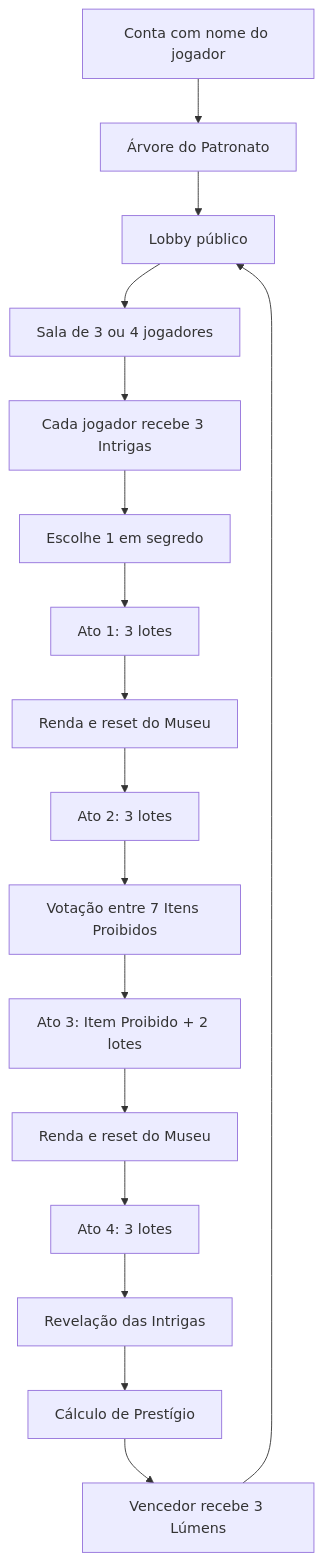
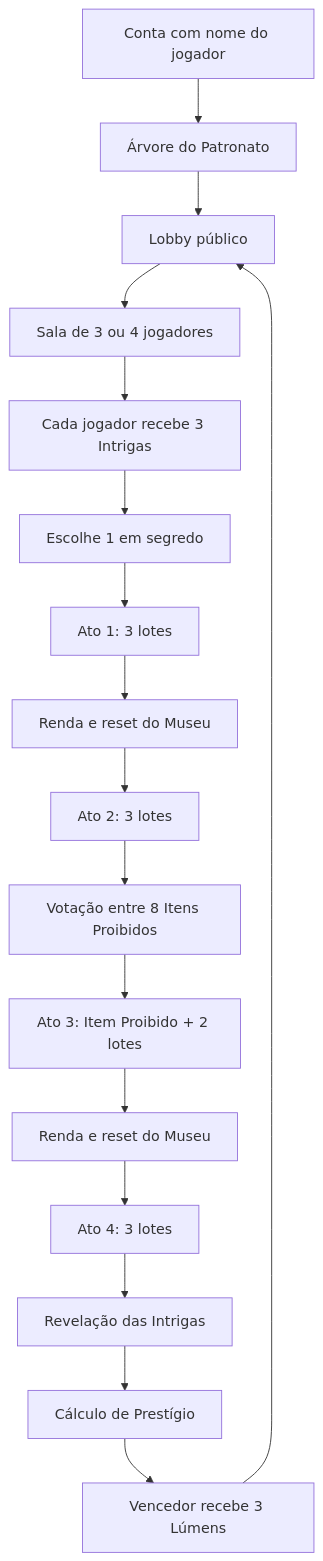
The diagram in GAME_DESIGN_MAP.md (Adamzatz/leilao-da-meia-noite-online), drawn with Mermaid before and after one commit. The commit also changed other lines of this file and 5 other files, not shown here.

````diff
--- a/GAME_DESIGN_MAP.md
+++ b/GAME_DESIGN_MAP.md
@@ -19,19 +19,19 @@
 ```mermaid
 flowchart TD
   A[Conta com nome do jogador] --> B[Árvore do Patronato]
   B --> C[Lobby público]
   C --> D[Sala de 3 ou 4 jogadores]
   D --> E[Cada jogador recebe 3 Intrigas]
   E --> F[Escolhe 1 em segredo]
   F --> G[Ato 1: 3 lotes]
   G --> H[Renda e reset do Museu]
   H --> I[Ato 2: 3 lotes]
-  I --> J[Votação entre 7 Itens Proibidos]
+  I --> J[Votação entre 8 Itens Proibidos]
   J --> K[Ato 3: Item Proibido + 2 lotes]
   K --> L[Renda e reset do Museu]
   L --> M[Ato 4: 3 lotes]
   M --> N[Revelação das Intrigas]
   N --> O[Cálculo de Prestígio]
   O --> P[Vencedor recebe 3 Lúmens]
   P --> C
 ```
````
